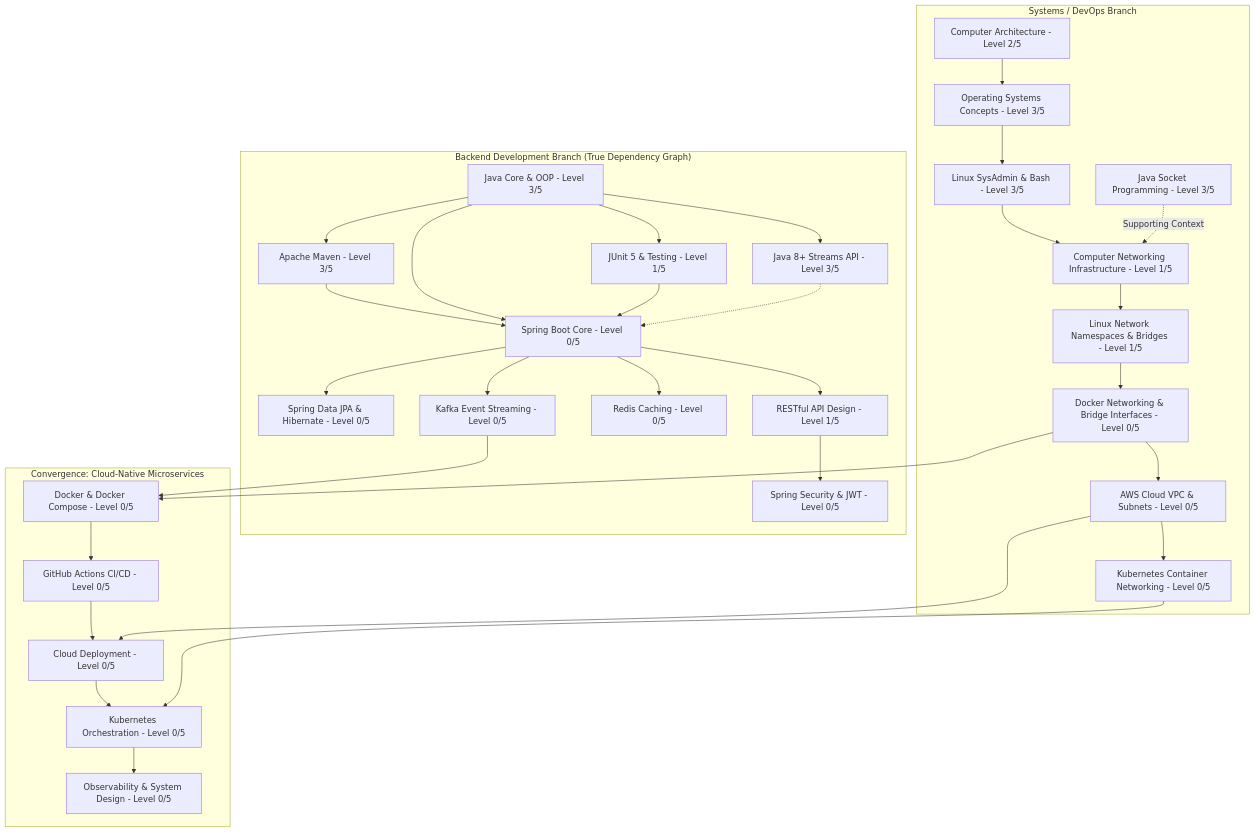
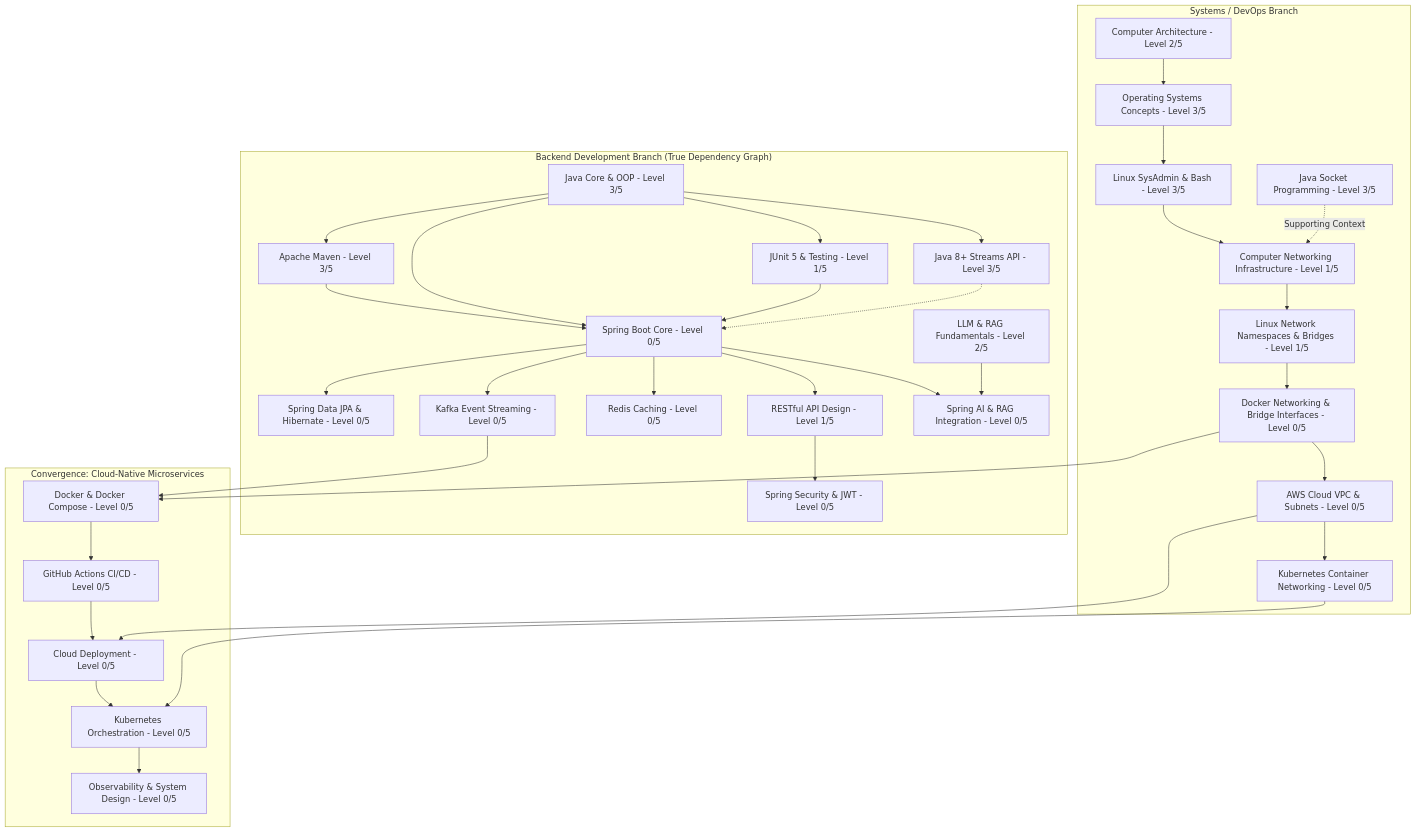
Before and after one commit to darkegame101/myKnownlage: the diagram in 00-dashboard/learning-roadmap.md, drawn with Mermaid. The commit also changed other lines of this file and 23 other files, not shown here.

````diff
--- a/00-dashboard/learning-roadmap.md
+++ b/00-dashboard/learning-roadmap.md
@@ -9,43 +9,45 @@
 ```mermaid
 graph TD
     subgraph BACKEND_BRANCH["Backend Development Branch (True Dependency Graph)"]
         JCORE[Java Core & OOP - Level 3/5] --> MAVEN[Apache Maven - Level 3/5]
         JCORE --> STREAMS[Java 8+ Streams API - Level 3/5]
         JCORE --> JUNIT[JUnit 5 & Testing - Level 1/5]
         
         MAVEN --> SBOOT_CORE[Spring Boot Core - Level 0/5]
         JCORE --> SBOOT_CORE
         JUNIT --> SBOOT_CORE
         STREAMS -.-> SBOOT_CORE
 
         SBOOT_CORE --> JPA[Spring Data JPA & Hibernate - Level 0/5]
         SBOOT_CORE --> REST[RESTful API Design - Level 1/5]
         REST --> SSEC[Spring Security & JWT - Level 0/5]
         SBOOT_CORE --> REDIS[Redis Caching - Level 0/5]
         SBOOT_CORE --> KAFKA[Kafka Event Streaming - Level 0/5]
+        SBOOT_CORE --> SPRING_AI[Spring AI & RAG Integration - Level 0/5]
+        RAG_THEORY[LLM & RAG Fundamentals - Level 2/5] --> SPRING_AI
     end
 
     subgraph SYSTEMS_BRANCH["Systems / DevOps Branch"]
         CARCH[Computer Architecture - Level 2/5] --> OSCORE[Operating Systems Concepts - Level 3/5]
         OSCORE --> LINUXADMIN[Linux SysAdmin & Bash - Level 3/5]
         LINUXADMIN --> NETCORE[Computer Networking Infrastructure - Level 1/5]
         NETCORE --> LNET[Linux Network Namespaces & Bridges - Level 1/5]
         
         JAVANET[Java Socket Programming - Level 3/5] -. Supporting Context .-> NETCORE
         
         LNET --> DNET[Docker Networking & Bridge Interfaces - Level 0/5]
         DNET --> AWSVPC[AWS Cloud VPC & Subnets - Level 0/5]
         AWSVPC --> K8SNET[Kubernetes Container Networking - Level 0/5]
     end
 
     subgraph CONVERGENCE["Convergence: Cloud-Native Microservices"]
         KAFKA --> DOCKER_CONV[Docker & Docker Compose - Level 0/5]
         DNET --> DOCKER_CONV
         DOCKER_CONV --> CICD_CONV[GitHub Actions CI/CD - Level 0/5]
         CICD_CONV --> CLOUD_CONV[Cloud Deployment - Level 0/5]
         AWSVPC --> CLOUD_CONV
         CLOUD_CONV --> K8S_CONV[Kubernetes Orchestration - Level 0/5]
         K8SNET --> K8S_CONV
         K8S_CONV --> OBS_CONV[Observability & System Design - Level 0/5]
     end
 ```
````
